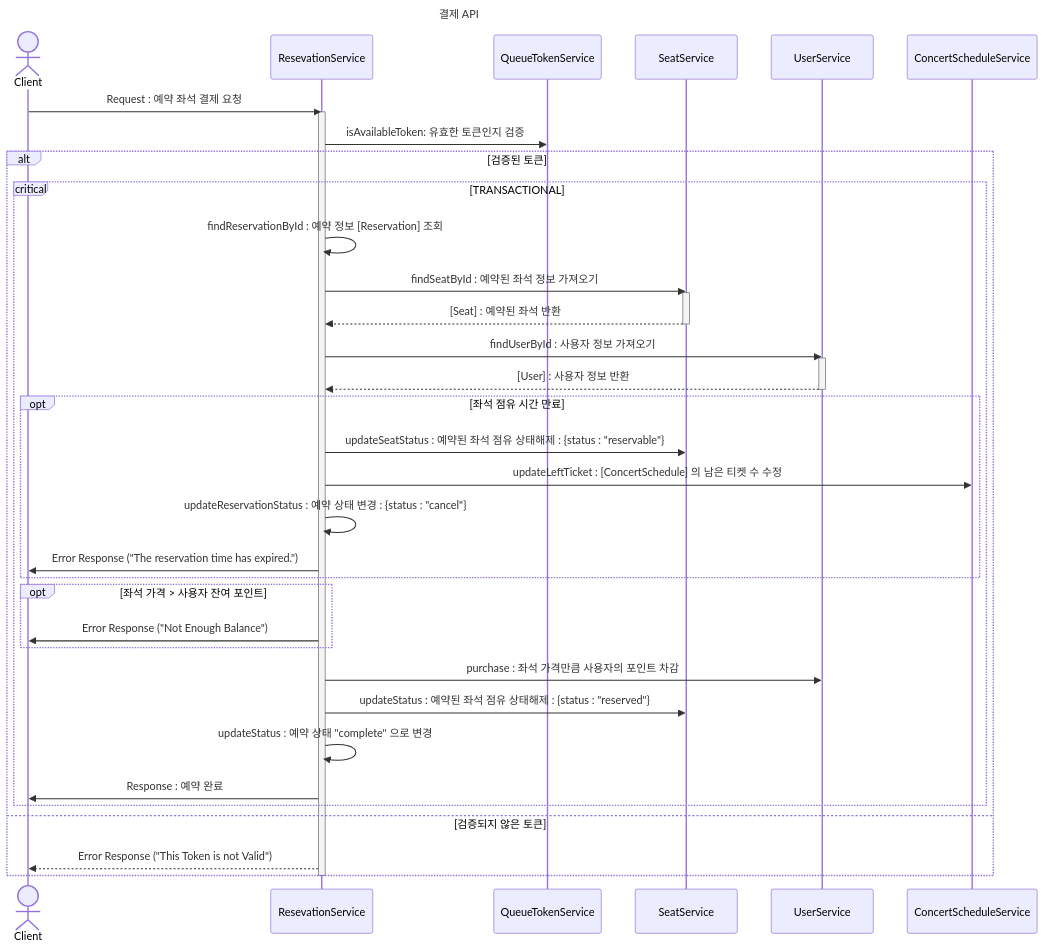
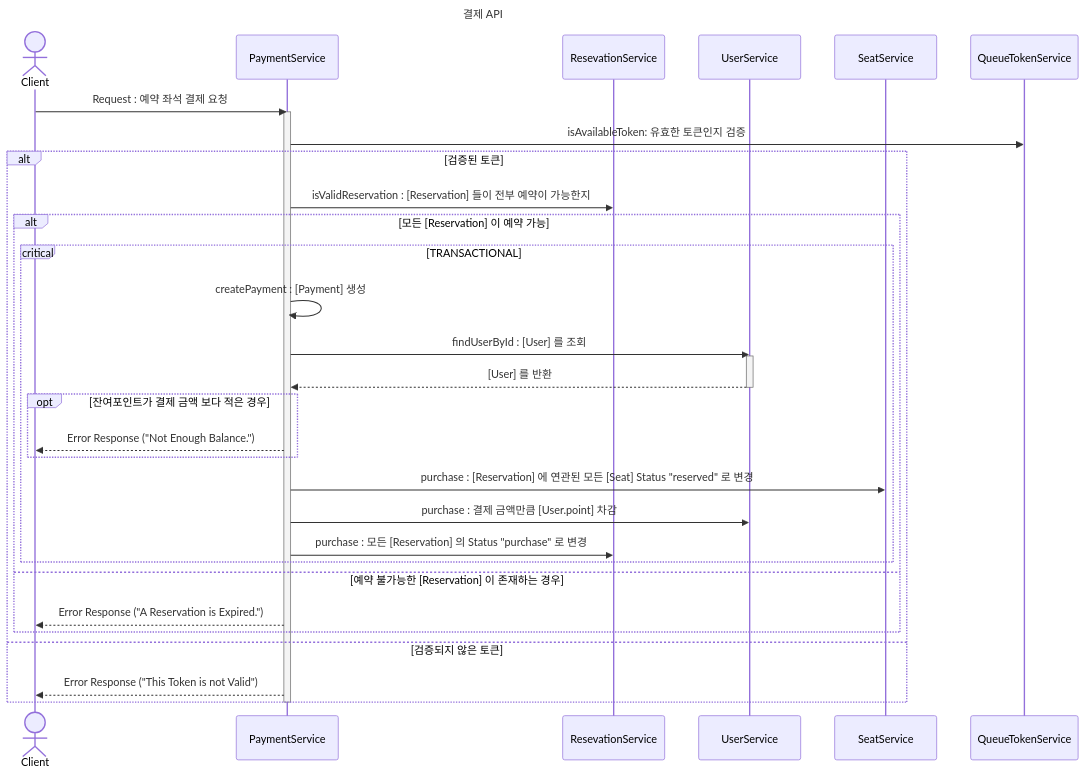
Before and after one commit to GustavEiffels/hhplus_server_build: the eighth of 8 diagrams in design/sequence_diagram/SequenceDiagram.md, drawn with Mermaid. The commit also changed other lines of this file and 10 other files, not shown here.

````diff
--- a/design/sequence_diagram/SequenceDiagram.md
+++ b/design/sequence_diagram/SequenceDiagram.md
@@ -206,61 +206,55 @@
 ```mermaid
 ---
 title: 결제 API  
 ---
 sequenceDiagram
     Actor cl as Client
+    participant pa as PaymentService
     participant re as ResevationService
+    participant us as UserService 
+    participant se as SeatService
     participant qu as QueueTokenService
-    participant se as SeatService 
-    participant us as UserService 
-    participant cs as ConcertScheduleService
+
+
+    cl->>pa : Request : 예약 좌석 결제 요청 
+    activate pa
+    
+    pa->>qu : isAvailableToken: 유효한 토큰인지 검증  
+
+    alt 검증된 토큰 
+            pa->>re: isValidReservation : [Reservation] 들이 전부 예약이 가능한지 
+            
+            alt 모든 [Reservation] 이 예약 가능 
+                critical TRANSACTIONAL 
+                    pa->>pa : createPayment : [Payment] 생성
+
+                    pa->>us  : findUserById : [User] 를 조회
+                    activate us 
+                    us-->>pa : [User] 를 반환 
+                    deactivate us 
+
+
+                    opt 잔여포인트가 결제 금액 보다 적은 경우 
+                        pa-->>cl : Error Response ("Not Enough Balance.")
+                    end 
+
+                    pa->>se  : purchase  : [Reservation] 에 연관된 모든 [Seat] Status "reserved" 로 변경 
+                    pa->>us  : purchase  : 결제 금액만큼 [User.point] 차감 
+                    pa->>re  : purchase  : 모든 [Reservation] 의 Status "purchase" 로 변경
+                    
+
+
+                end 
+
+            else 예약 불가능한 [Reservation] 이 존재하는 경우 
+                pa-->>cl: Error Response ("A Reservation is Expired.")
+            end
 
     
-    cl->>re : Request : 예약 좌석 결제 요청 
-    activate re
-    
-    re->>qu : isAvailableToken: 유효한 토큰인지 검증  
-
-    alt 검증된 토큰 
-        critical TRANSACTIONAL
-            re->> re  : findReservationById : 예약 정보 [Reservation] 조회
-
-            re->> se  : findSeatById  : 예약된 좌석 정보 가져오기
-            activate se
-
-            se-->> re : [Seat] : 예약된 좌석 반환 
-            deactivate se
-
-            re->> us  : findUserById  : 사용자 정보 가져오기 
-            activate us
-
-            us-->> re  : [User] : 사용자 정보 반환 
-            deactivate us
-
-            opt 좌석 점유 시간 만료
-                re->> se : updateSeatStatus : 예약된 좌석 점유 상태해제 : {status : "reservable"} 
-                re->> cs : updateLeftTicket : [ConcertSchedule] 의 남은 티켓 수 수정 
-                re->> re : updateReservationStatus : 예약 상태 변경 : {status : "cancel"}
-                re->>cl  : Error Response ("The reservation time has expired.")
-            end 
-
-                opt 좌석 가격 > 사용자 잔여 포인트 
-                    re->>cl : Error Response ("Not Enough Balance")
-                end
-
-                re->> us : purchase  : 좌석 가격만큼 사용자의 포인트 차감 
-                re->> se : updateStatus : 예약된 좌석 점유 상태해제 : {status : "reserved"}
-                re->> re : updateStatus : 예약 상태 "complete" 으로 변경  
-
-                re->> cl : Response : 예약 완료
-        end
-    
     else 검증되지 않은 토큰
-        re-->>cl : Error Response ("This Token is not Valid")
+        pa-->>cl : Error Response ("This Token is not Valid")
     end
 
-    deactivate re
-
-
+    deactivate pa
                    
 ```
````
